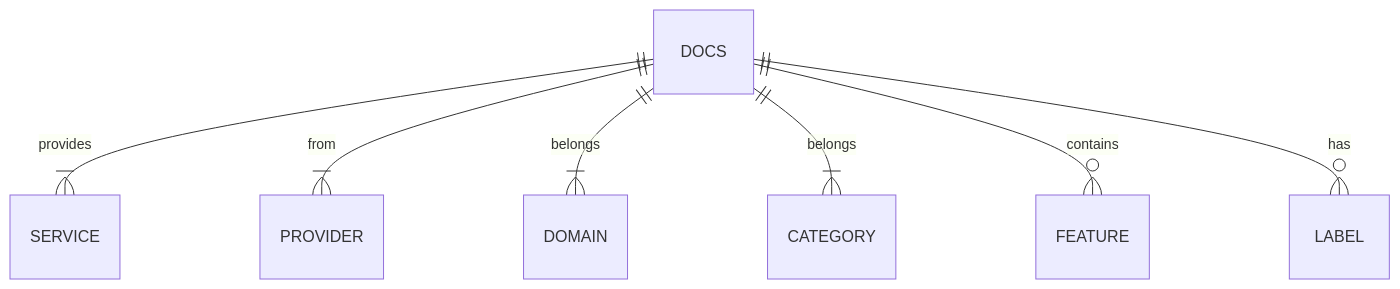
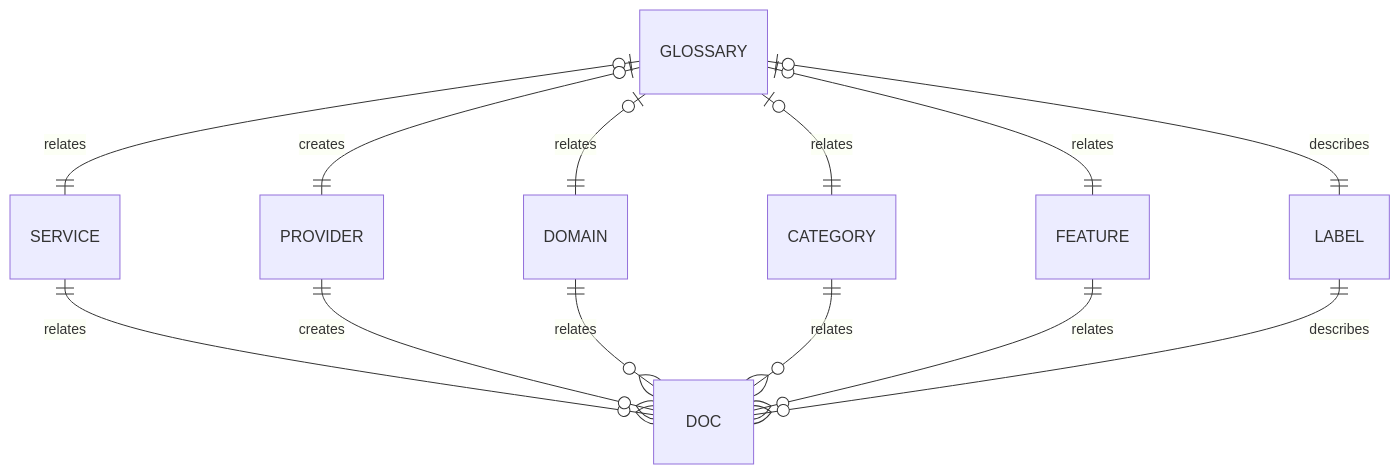
One commit to lexical-cloud/lexical-cloud-docs changed the first of 4 diagrams in en/pages/data-model.md. Above: the diagram before and after it, drawn with Mermaid. The commit also changed other lines of this file, not shown here.

````diff
--- a/en/pages/data-model.md
+++ b/en/pages/data-model.md
@@ -9,9 +9,15 @@
 ```mermaid
 erDiagram
-    DOCS ||--|{ SERVICE : provides
-    DOCS ||--|{ PROVIDER : from 
-    DOCS ||--|{ DOMAIN : belongs
-    DOCS ||--|{ CATEGORY : belongs
-    DOCS ||--o{ FEATURE : contains
-    DOCS ||--o{ LABEL : has
+    GLOSSARY |o--|| SERVICE : relates
+    GLOSSARY |o--|| PROVIDER : creates
+    GLOSSARY |o--|| DOMAIN : relates
+    GLOSSARY |o--|| CATEGORY : relates
+    GLOSSARY |o--|| FEATURE : relates
+    GLOSSARY |o--|| LABEL : describes
+    SERVICE ||--o{ DOC : relates
+    PROVIDER ||--o{ DOC : creates
+    DOMAIN ||--o{ DOC : relates
+    CATEGORY ||--o{ DOC : relates
+    FEATURE ||--o{ DOC : relates
+    LABEL ||--o{ DOC : describes
 ```
````
